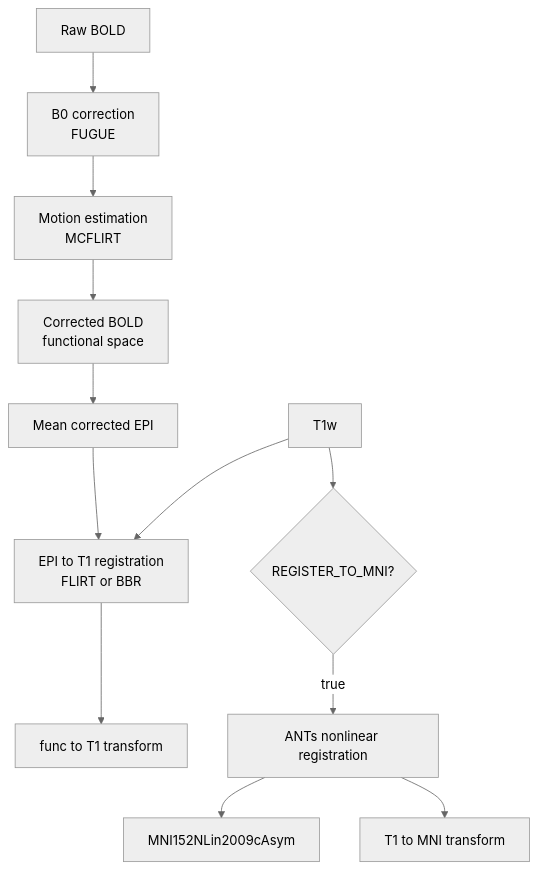
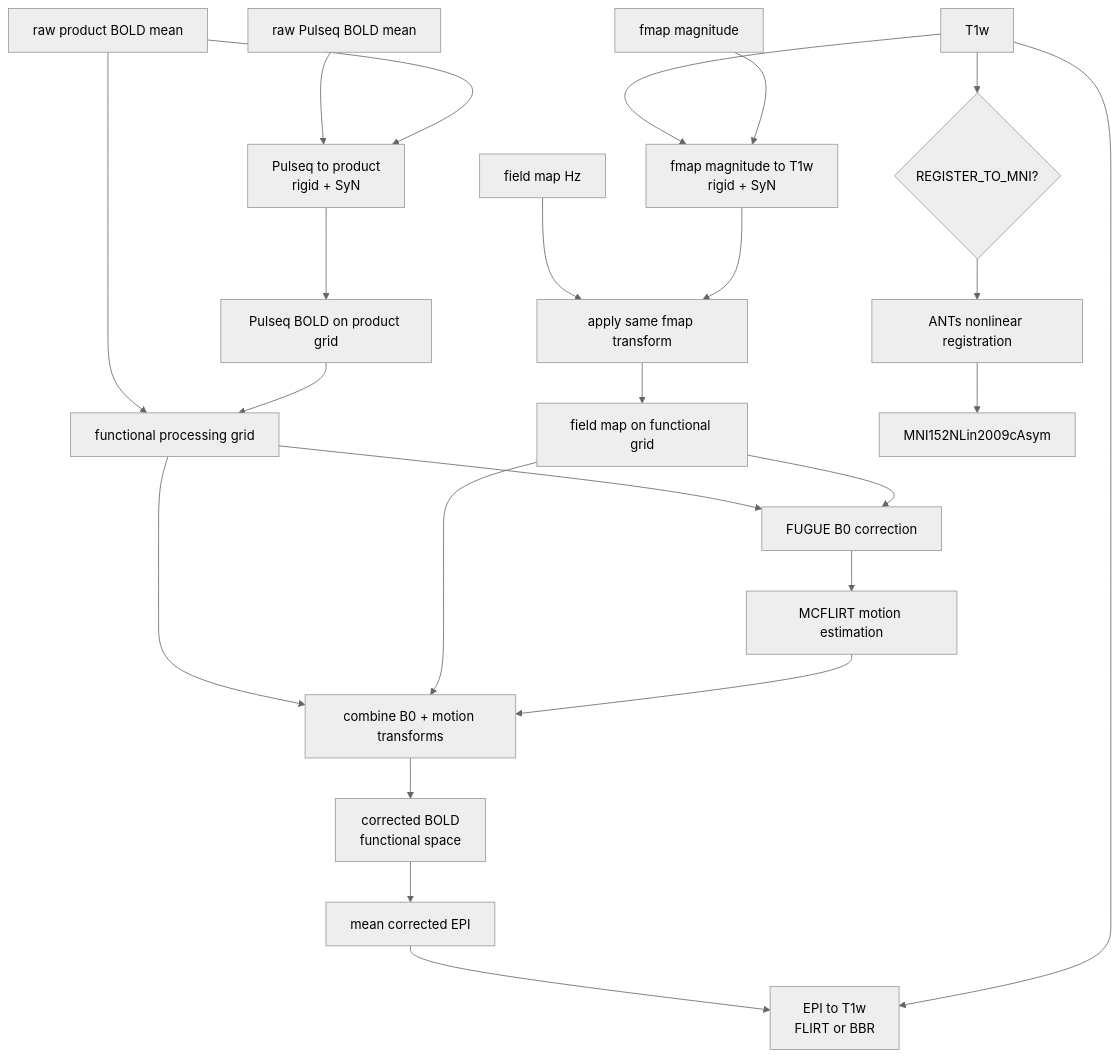
Before and after one commit to HarmonizedMRI/Functional: the diagram in data-processing/minimal/README.md, drawn with Mermaid (neutral theme). The commit also changed other lines of this file and 2 other files, not shown here.

Commit message:
Added Pulseq geometry corrections On branch dev-processing 	modified:   minimal/DEVELOPMENT.md 	modified:   minimal/README.md 	modified:   minimal/run_minimal_fmri_pipeline.sh

````diff
--- a/data-processing/minimal/README.md
+++ b/data-processing/minimal/README.md
@@ -18,17 +60,37 @@
 ```mermaid
 flowchart TD
-    A[Raw BOLD] --> B[B0 correction<br/>FUGUE]
-    B --> C[Motion estimation<br/>MCFLIRT]
-    C --> D[Corrected BOLD<br/>functional space]
 
-    D --> E[Mean corrected EPI]
-    E --> F[EPI to T1 registration<br/>FLIRT or BBR]
-    G[T1w] --> F
+    T1[T1w] --> FG[fmap magnitude to T1w<br/>rigid + SyN]
+    FM[fmap magnitude] --> FG
+    FH[field map Hz] --> FW[apply same fmap transform]
+    FG --> FW
 
-    G --> H{REGISTER_TO_MNI?}
-    H -- true --> I[ANTs nonlinear registration]
-    I --> J[MNI152NLin2009cAsym]
+    P[raw product BOLD mean]
+    Q[raw Pulseq BOLD mean]
 
-    F --> K[func to T1 transform]
-    I --> L[T1 to MNI transform]
+    Q --> PG[Pulseq to product<br/>rigid + SyN]
+    P --> PG
+
+    PG --> PB[Pulseq BOLD on product grid]
+    P --> PROC[functional processing grid]
+    PB --> PROC
+
+    FW --> BF[field map on functional grid]
+    PROC --> B0[FUGUE B0 correction]
+    BF --> B0
+
+    B0 --> MC[MCFLIRT motion estimation]
+    PROC --> C[combine B0 + motion transforms]
+    BF --> C
+    MC --> C
+
+    C --> OUT[corrected BOLD<br/>functional space]
+
+    OUT --> MEAN[mean corrected EPI]
+    MEAN --> ET[EPI to T1w<br/>FLIRT or BBR]
+    T1 --> ET
+
+    T1 --> MNI{REGISTER_TO_MNI?}
+    MNI --> MNIR[ANTs nonlinear registration]
+    MNIR --> SPACE[MNI152NLin2009cAsym]
 ```
````
